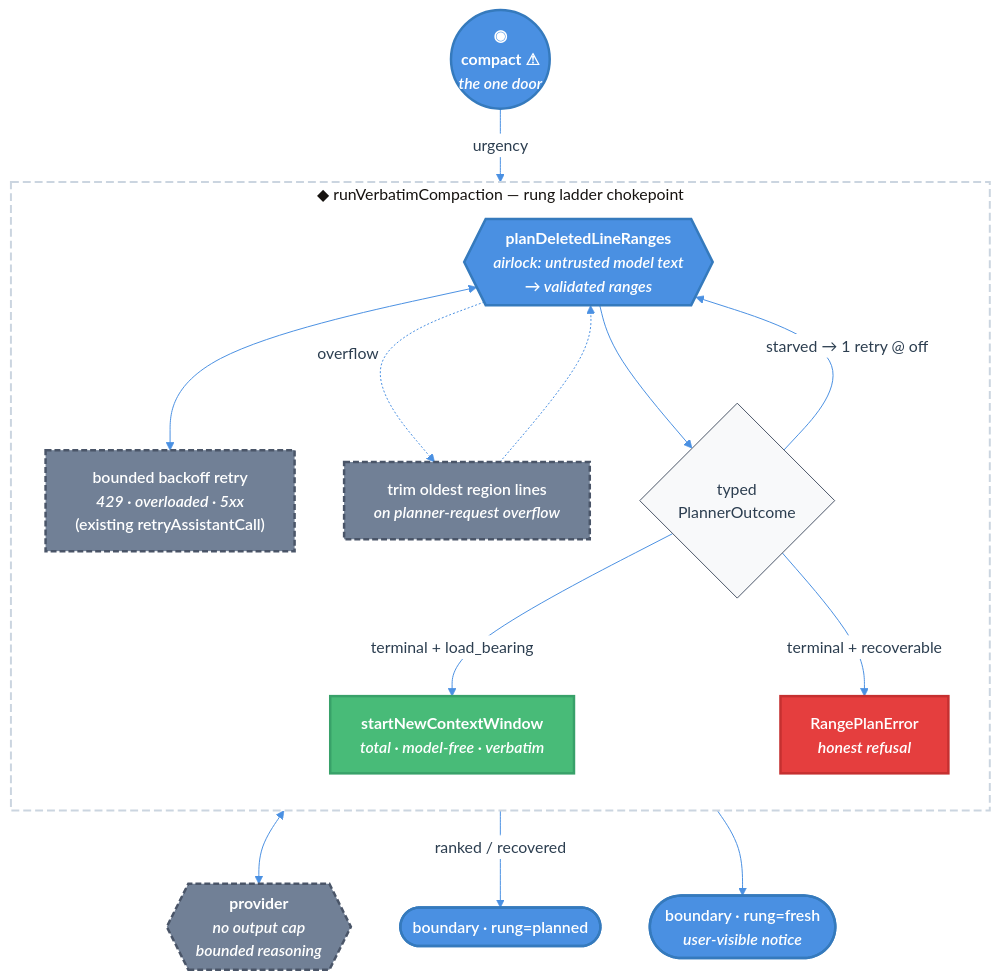
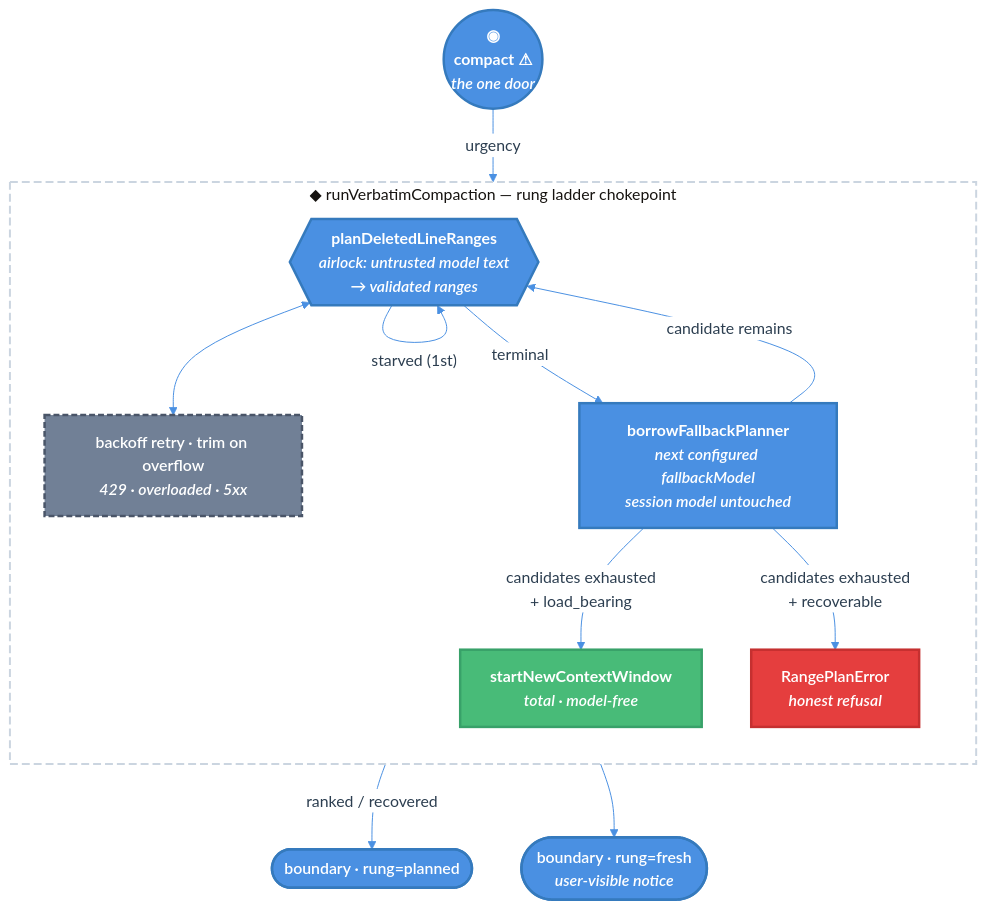
One commit to bastani-inc/atomic changed the diagram in specs/2026-07-27-compaction-fallback-rungs.md. Above: the diagram before and after it, drawn with Mermaid. The commit also changed other lines of this file, not shown here.

First line of the commit message:
docs(compaction): add borrowed fallback-model rung to the ladder

````diff
--- a/specs/2026-07-27-compaction-fallback-rungs.md
+++ b/specs/2026-07-27-compaction-fallback-rungs.md
@@ -141,33 +156,30 @@
 ```mermaid
 %%{init: {'theme':'base', 'themeVariables': { 'primaryColor':'#f8f9fa','primaryTextColor':'#2c3e50','primaryBorderColor':'#4a5568','lineColor':'#4a90e2','secondaryColor':'#ffffff','tertiaryColor':'#e9ecef','clusterBkg':'#ffffff','clusterBorder':'#cbd5e0'}}}%%
 flowchart TB
     classDef door fill:#4a90e2,stroke:#357abd,stroke-width:2.5px,color:#fff,font-weight:600
     classDef pure fill:#48bb78,stroke:#38a169,stroke-width:2.5px,color:#fff,font-weight:600
     classDef ext fill:#718096,stroke:#4a5568,stroke-width:2.5px,color:#fff,font-weight:600,stroke-dasharray:6 3
     classDef fail fill:#e53e3e,stroke:#c53030,stroke-width:2.5px,color:#fff,font-weight:600
 
     Caller(("◉<br><b>compact</b> ⚠<br><i>the one door</i>")):::door
 
     subgraph Ladder["◆ runVerbatimCompaction — rung ladder chokepoint"]
         direction TB
         Plan{{"<b>planDeletedLineRanges</b><br><i>airlock: untrusted model text<br>→ validated ranges</i>"}}:::door
-        Retry["bounded backoff retry<br><i>429 · overloaded · 5xx</i><br>(existing retryAssistantCall)"]:::ext
-        Trim["trim oldest region lines<br><i>on planner-request overflow</i>"]:::ext
-        Outcome{"typed<br>PlannerOutcome"}
-        Fresh["<b>startNewContextWindow</b><br><i>total · model-free · verbatim</i>"]:::pure
+        Retry["backoff retry · trim on overflow<br><i>429 · overloaded · 5xx</i>"]:::ext
+        Borrow["<b>borrowFallbackPlanner</b><br><i>next configured fallbackModel<br>session model untouched</i>"]:::door
+        Fresh["<b>startNewContextWindow</b><br><i>total · model-free</i>"]:::pure
         Fail["RangePlanError<br><i>honest refusal</i>"]:::fail
     end
 
-    Provider{{"<b>provider</b><br><i>no output cap<br>bounded reasoning</i>"}}:::ext
-
     Caller -->|"urgency"| Plan
-    Plan <--> Retry <--> Provider
-    Plan -.->|"overflow"| Trim -.-> Plan
-    Plan --> Outcome
-    Outcome -->|"ranked / recovered"| Done(["boundary · rung=planned"]):::door
-    Outcome -->|"starved → 1 retry @ off"| Plan
-    Outcome -->|"terminal + load_bearing"| Fresh
-    Outcome -->|"terminal + recoverable"| Fail
+    Plan <--> Retry
+    Plan -->|"ranked / recovered"| Done(["boundary · rung=planned"]):::door
+    Plan -->|"starved (1st)"| Plan
+    Plan -->|"terminal"| Borrow
+    Borrow -->|"candidate remains"| Plan
+    Borrow -->|"candidates exhausted<br>+ load_bearing"| Fresh
+    Borrow -->|"candidates exhausted<br>+ recoverable"| Fail
     Fresh --> Done2(["boundary · rung=fresh<br><i>user-visible notice</i>"]):::door
     style Ladder fill:#fff,stroke:#cbd5e0,stroke-width:2px,stroke-dasharray:8 4
 ```
````
